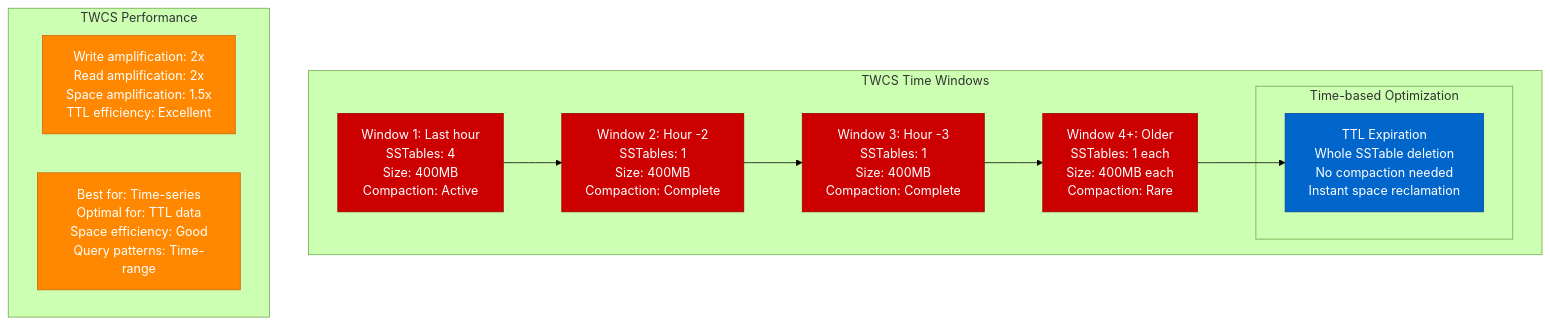
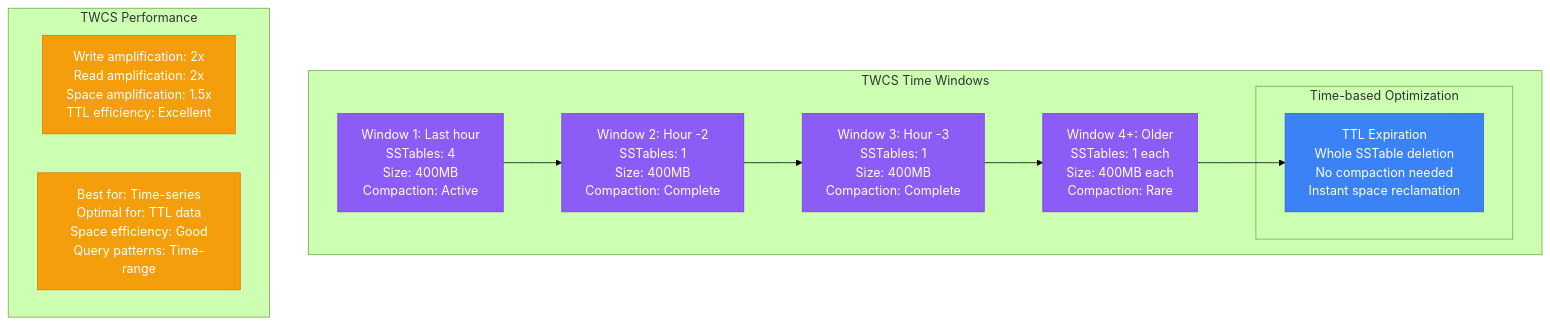
One commit to deepaucksharma/DS changed the third of 14 diagrams in site/docs/performance/cassandra-performance-profile.md. Above: the diagram before and after it, drawn with Mermaid (forest theme). The commit also changed other lines of this file and 303 other files, not shown here.

````diff
--- a/site/docs/performance/cassandra-performance-profile.md
+++ b/site/docs/performance/cassandra-performance-profile.md
@@ -71,33 +71,33 @@
 ```mermaid
 graph TB
     subgraph "TWCS Time Windows"
         TW1[Window 1: Last hour<br/>SSTables: 4<br/>Size: 400MB<br/>Compaction: Active]
 
         TW2[Window 2: Hour -2<br/>SSTables: 1<br/>Size: 400MB<br/>Compaction: Complete]
 
         TW3[Window 3: Hour -3<br/>SSTables: 1<br/>Size: 400MB<br/>Compaction: Complete]
 
         TW4[Window 4+: Older<br/>SSTables: 1 each<br/>Size: 400MB each<br/>Compaction: Rare]
 
         subgraph "Time-based Optimization"
             TTL[TTL Expiration<br/>Whole SSTable deletion<br/>No compaction needed<br/>Instant space reclamation]
         end
 
         TW1 --> TW2 --> TW3 --> TW4
         TW4 --> TTL
     end
 
     subgraph "TWCS Performance"
         TWCS_PERF1[Write amplification: 2x<br/>Read amplification: 2x<br/>Space amplification: 1.5x<br/>TTL efficiency: Excellent]
 
         TWCS_PERF2[Best for: Time-series<br/>Optimal for: TTL data<br/>Space efficiency: Good<br/>Query patterns: Time-range]
     end
 
-    classDef windowStyle fill:#CC0000,stroke:#990000,color:#fff
-    classDef ttlStyle fill:#0066CC,stroke:#004499,color:#fff
-    classDef perfStyle fill:#FF8800,stroke:#CC6600,color:#fff
+    classDef windowStyle fill:#8B5CF6,stroke:#7C3AED,color:#fff
+    classDef ttlStyle fill:#3B82F6,stroke:#2563EB,color:#fff
+    classDef perfStyle fill:#F59E0B,stroke:#D97706,color:#fff
 
     class TW1,TW2,TW3,TW4 windowStyle
     class TTL ttlStyle
     class TWCS_PERF1,TWCS_PERF2 perfStyle
 ```
````
